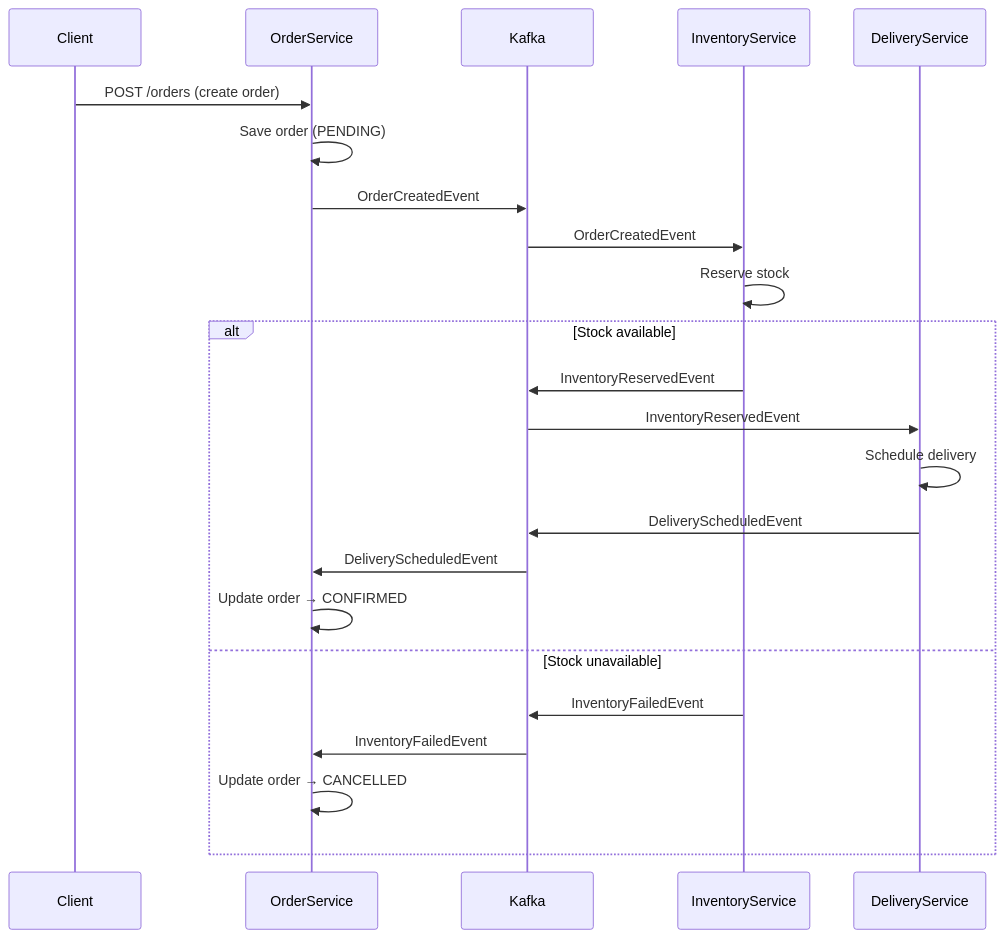
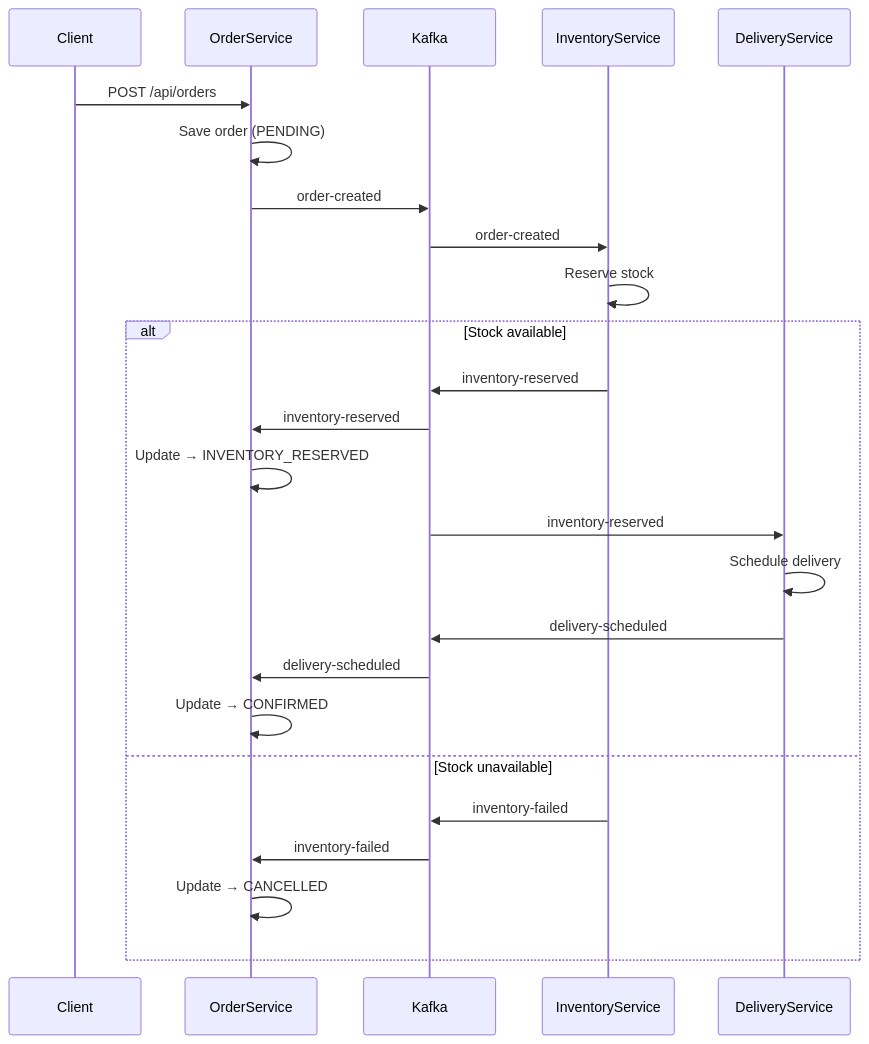
One commit to makeitfine-org/spring-cloud2 changed the second of 2 diagrams in docs/implementation_plan.md. Above: the diagram before and after it, drawn with Mermaid. The commit also changed other lines of this file and 3 other files, not shown here.

````diff
--- a/docs/implementation_plan.md
+++ b/docs/implementation_plan.md
@@ -45,26 +47,28 @@
 ```mermaid
 sequenceDiagram
     participant Client
     participant OrderService
     participant Kafka
     participant InventoryService
     participant DeliveryService
 
-    Client->>OrderService: POST /orders (create order)
+    Client->>OrderService: POST /api/orders
     OrderService->>OrderService: Save order (PENDING)
-    OrderService->>Kafka: OrderCreatedEvent
-    Kafka->>InventoryService: OrderCreatedEvent
+    OrderService->>Kafka: order-created
+    Kafka->>InventoryService: order-created
     InventoryService->>InventoryService: Reserve stock
     alt Stock available
-        InventoryService->>Kafka: InventoryReservedEvent
-        Kafka->>DeliveryService: InventoryReservedEvent
+        InventoryService->>Kafka: inventory-reserved
+        Kafka->>OrderService: inventory-reserved
+        OrderService->>OrderService: Update → INVENTORY_RESERVED
+        Kafka->>DeliveryService: inventory-reserved
         DeliveryService->>DeliveryService: Schedule delivery
-        DeliveryService->>Kafka: DeliveryScheduledEvent
-        Kafka->>OrderService: DeliveryScheduledEvent
-        OrderService->>OrderService: Update order → CONFIRMED
+        DeliveryService->>Kafka: delivery-scheduled
+        Kafka->>OrderService: delivery-scheduled
+        OrderService->>OrderService: Update → CONFIRMED
     else Stock unavailable
-        InventoryService->>Kafka: InventoryFailedEvent
-        Kafka->>OrderService: InventoryFailedEvent
-        OrderService->>OrderService: Update order → CANCELLED
+        InventoryService->>Kafka: inventory-failed
+        Kafka->>OrderService: inventory-failed
+        OrderService->>OrderService: Update → CANCELLED
     end
 ```
````
